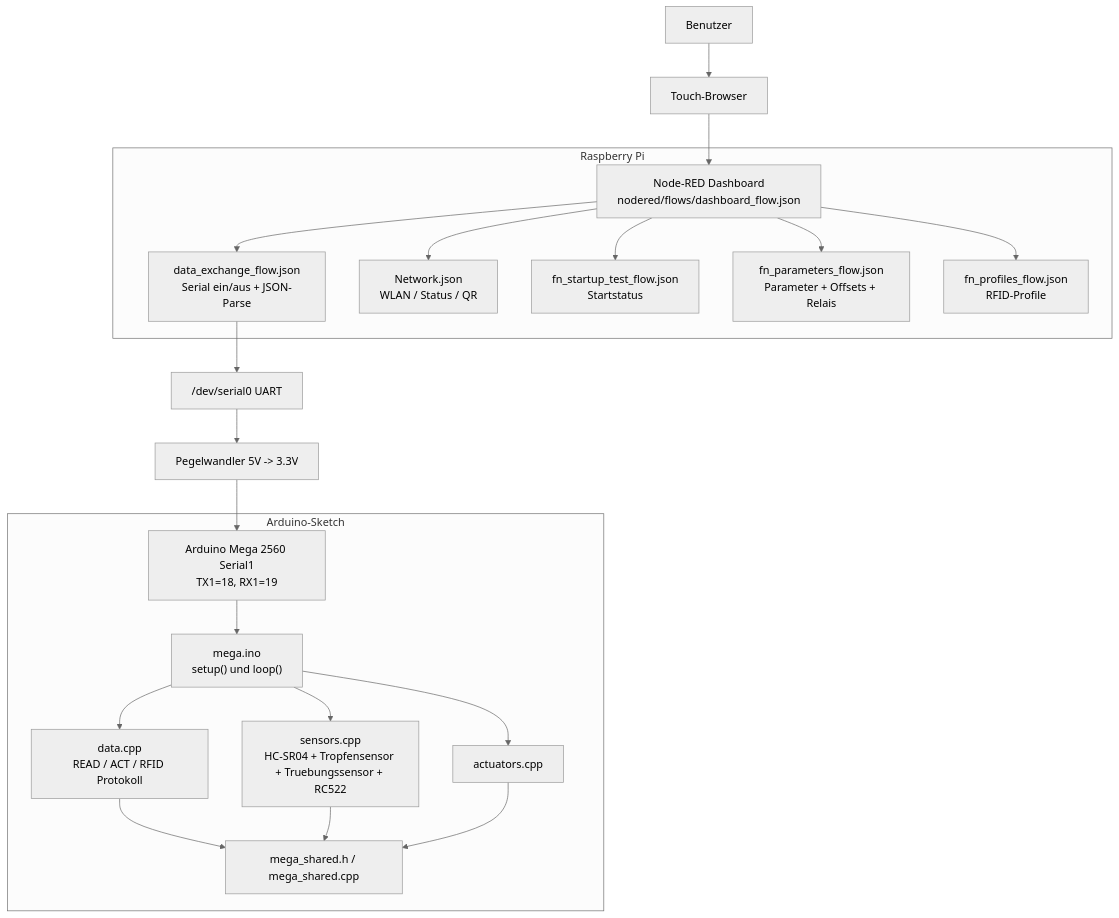
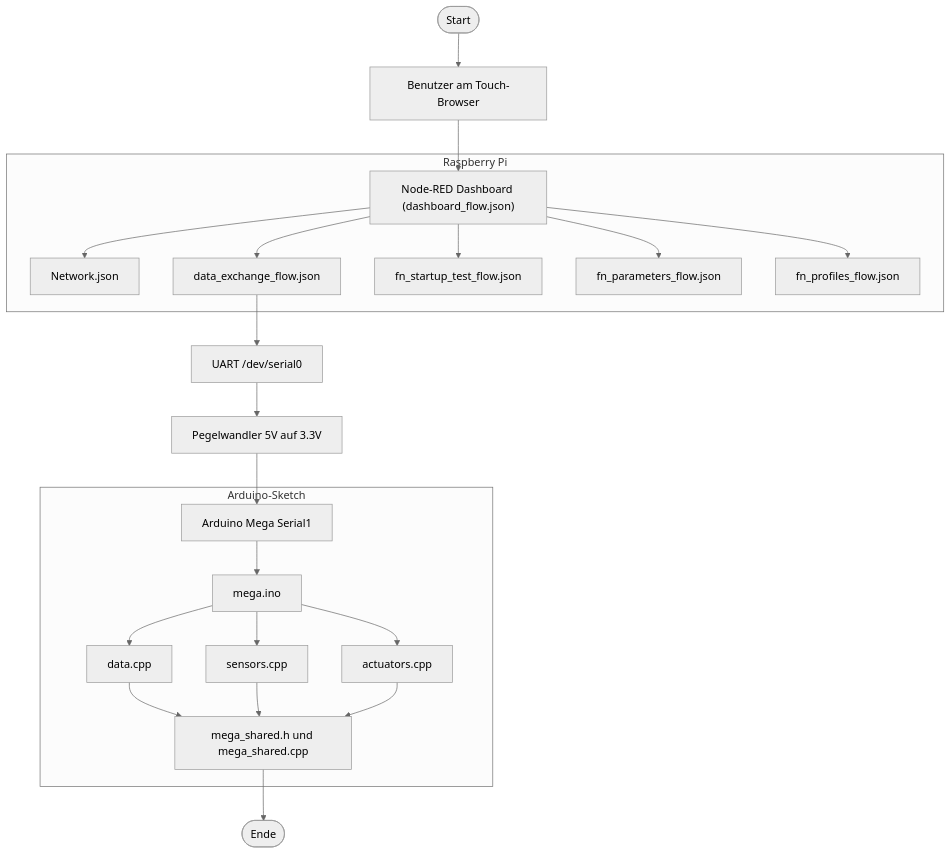
Before and after one commit to HerrnDK/Projekt: the first of 13 diagrams in nodered/flows/FLOW_ARCHITEKTUR_PLAN.md, drawn with Mermaid (neutral theme). The commit also changed other lines of this file, not shown here.

````diff
--- a/nodered/flows/FLOW_ARCHITEKTUR_PLAN.md
+++ b/nodered/flows/FLOW_ARCHITEKTUR_PLAN.md
@@ -8,27 +8,29 @@
 ```mermaid
-flowchart TB
-  Benutzer["Benutzer"] --> Browser["Touch-Browser"]
-  Browser --> Dashboard["Node-RED Dashboard<br/>nodered/flows/dashboard_flow.json"]
+flowchart TD
+  S([Start]) --> Benutzer["Benutzer am Touch-Browser"]
+  Benutzer --> Dashboard["Node-RED Dashboard (dashboard_flow.json)"]
 
   subgraph RPi["Raspberry Pi"]
-    Dashboard --> DataFlow["data_exchange_flow.json<br/>Serial ein/aus + JSON-Parse"]
-    Dashboard --> NetFlow["Network.json<br/>WLAN / Status / QR"]
-    Dashboard --> StartupFlow["fn_startup_test_flow.json<br/>Startstatus"]
-    Dashboard --> ParamFlow["fn_parameters_flow.json<br/>Parameter + Offsets + Relais"]
-    Dashboard --> ProfileFlow["fn_profiles_flow.json<br/>RFID-Profile"]
+    Dashboard --> NetFlow["Network.json"]
+    Dashboard --> DataFlow["data_exchange_flow.json"]
+    Dashboard --> StartupFlow["fn_startup_test_flow.json"]
+    Dashboard --> ParamFlow["fn_parameters_flow.json"]
+    Dashboard --> ProfileFlow["fn_profiles_flow.json"]
   end
 
-  DataFlow --> SerialPort["/dev/serial0 UART"]
-  SerialPort --> LevelShift["Pegelwandler 5V -> 3.3V"]
-  LevelShift --> Mega["Arduino Mega 2560 Serial1<br/>TX1=18, RX1=19"]
+  DataFlow --> SerialPort["UART /dev/serial0"]
+  SerialPort --> Pegel["Pegelwandler 5V auf 3.3V"]
+  Pegel --> Mega["Arduino Mega Serial1"]
 
   subgraph Arduino["Arduino-Sketch"]
-    Mega --> MainCpp["mega.ino<br/>setup() und loop()"]
-    MainCpp --> DataCpp["data.cpp<br/>READ / ACT / RFID Protokoll"]
-    MainCpp --> SensorsCpp["sensors.cpp<br/>HC-SR04 + Tropfensensor + Truebungssensor + RC522"]
+    Mega --> MainCpp["mega.ino"]
+    MainCpp --> DataCpp["data.cpp"]
+    MainCpp --> SensorsCpp["sensors.cpp"]
     MainCpp --> ActCpp["actuators.cpp"]
-    DataCpp --> Shared["mega_shared.h / mega_shared.cpp"]
+    DataCpp --> Shared["mega_shared.h und mega_shared.cpp"]
     SensorsCpp --> Shared
     ActCpp --> Shared
   end
+
+  Shared --> E([Ende])
 ```
````
